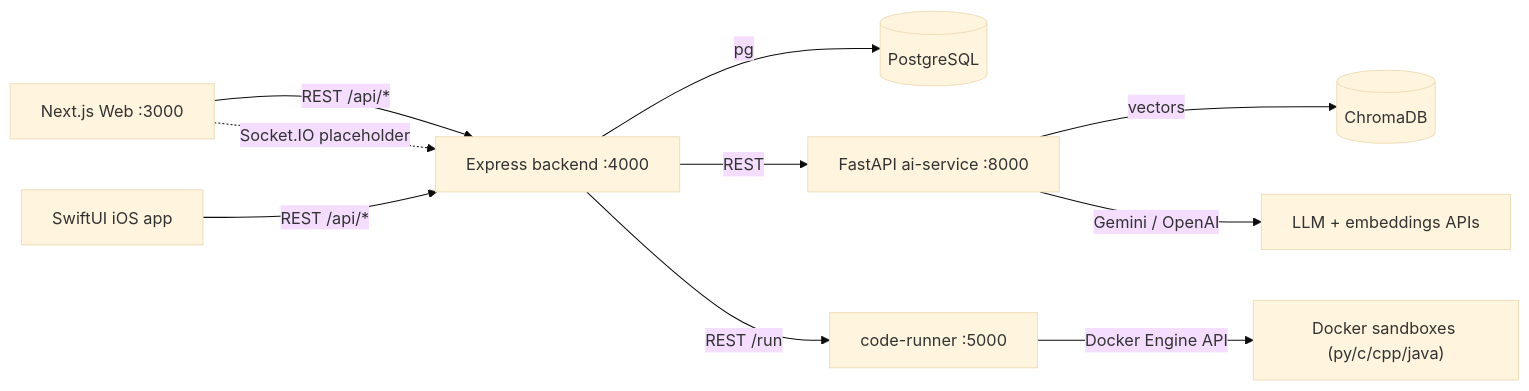
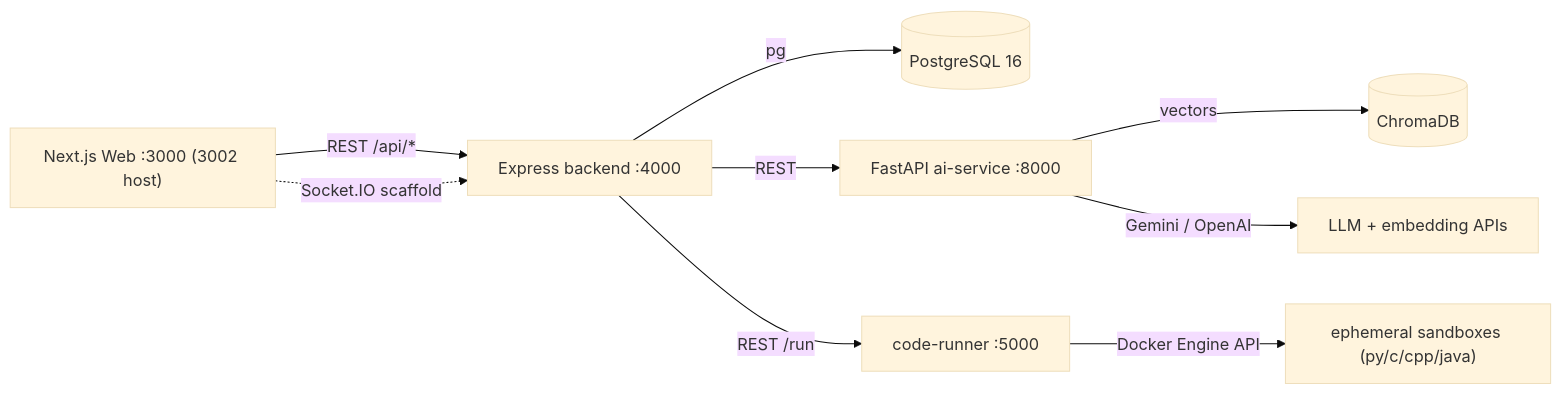
One commit to Advait0801/InterviewForge changed the first of 2 diagrams in docs/INTERVIEW_NOTES.md. Above: the diagram before and after it, drawn with Mermaid (base theme). The commit also changed other lines of this file and 9 other files, not shown here.

````diff
--- a/docs/INTERVIEW_NOTES.md
+++ b/docs/INTERVIEW_NOTES.md
@@ -42,14 +49,13 @@
 ```mermaid
 flowchart LR
-  Web["Next.js Web :3000"] -->|REST /api/*| Express["Express backend :4000"]
-  iOS["SwiftUI iOS app"] -->|REST /api/*| Express
-  Web -.->|Socket.IO placeholder| Express
+  Web["Next.js Web :3000 (3002 host)"] -->|REST /api/*| Express["Express backend :4000"]
+  Web -.->|Socket.IO scaffold| Express
 
-  Express -->|pg| PG[("PostgreSQL")]
+  Express -->|pg| PG[("PostgreSQL 16")]
   Express -->|REST| AI["FastAPI ai-service :8000"]
   Express -->|REST /run| CR["code-runner :5000"]
 
   AI -->|vectors| Chroma[("ChromaDB")]
-  AI -->|Gemini / OpenAI| LLM["LLM + embeddings APIs"]
-  CR -->|Docker Engine API| Sandboxes["Docker sandboxes (py/c/cpp/java)"]
+  AI -->|Gemini / OpenAI| LLM["LLM + embedding APIs"]
+  CR -->|Docker Engine API| Sandboxes["ephemeral sandboxes (py/c/cpp/java)"]
 ```
````
